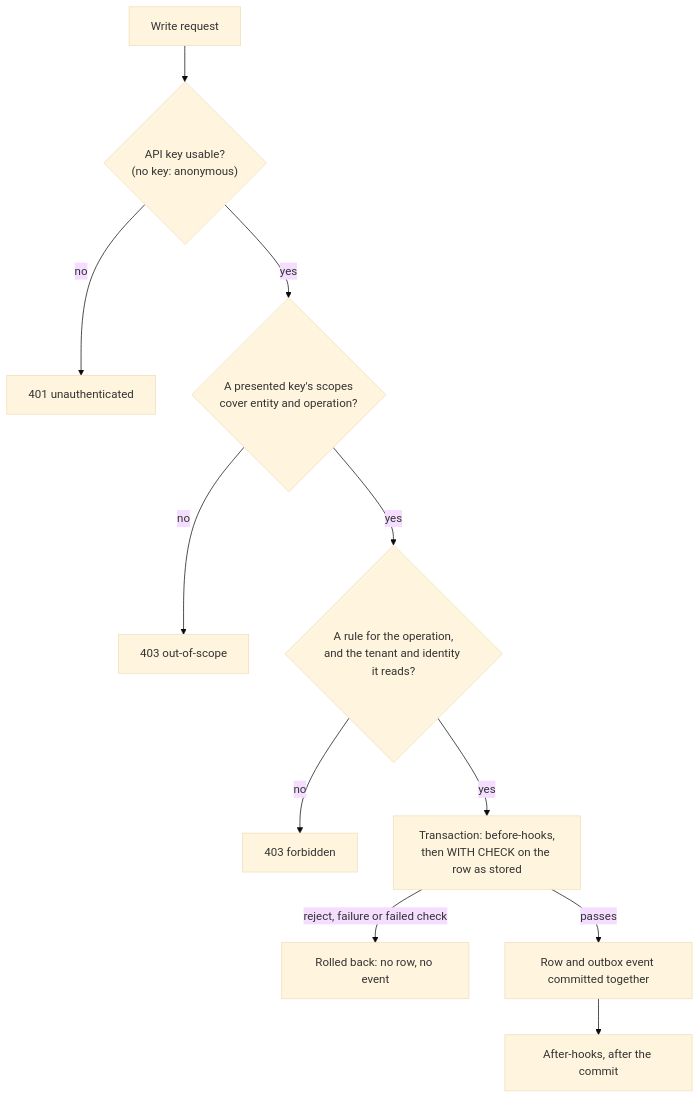
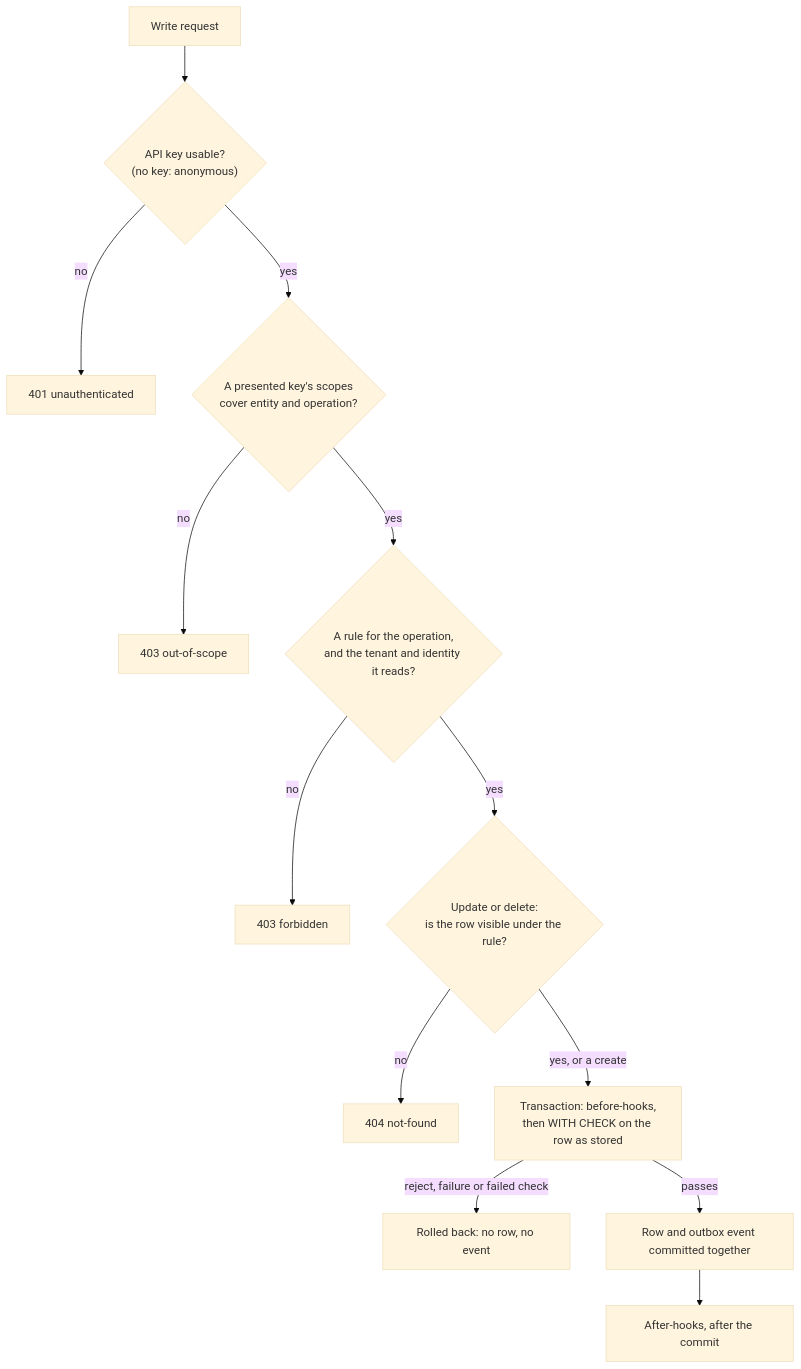
Before and after one commit to Burgyn/MMLib.Alvo: the diagram in website/src/content/docs/concepts/security-model.md, drawn with Mermaid (base theme). The commit also changed other lines of this file and 11 other files, not shown here.

````diff
--- a/website/src/content/docs/concepts/security-model.md
+++ b/website/src/content/docs/concepts/security-model.md
@@ -81,15 +93,17 @@
 ```mermaid
 flowchart TD
   accTitle: The checks every write passes
-  accDescr: A write request is refused with 401 when its API key cannot be used, with 403 out-of-scope when a presented key's scopes do not cover it, and with 403 forbidden when no rule allows the operation or the tenant or identity it needs is missing. Otherwise a transaction runs the before-hooks and then the rule's WITH CHECK on the row as it will be stored; a reject, a failure or a failed check rolls everything back. A passing write commits the row and its outbox event together, and the after-hooks run after the commit.
+  accDescr: A write request is refused with 401 when its API key cannot be used, with 403 out-of-scope when a presented key's scopes do not cover it, and with 403 forbidden when no rule allows the operation or the tenant or identity it needs is missing. An update or delete of a row the rule hides answers 404 not-found. Otherwise a transaction runs the before-hooks and then the rule's WITH CHECK on the row as it will be stored; a reject, a failure or a failed check rolls everything back. A passing write commits the row and its outbox event together, and the after-hooks run after the commit.
   req["Write request"] --> key{"API key usable?<br/>(no key: anonymous)"}
   key -- no --> r401["401 unauthenticated"]
   key -- yes --> scope{"A presented key's scopes<br/>cover entity and operation?"}
   scope -- no --> r403s["403 out-of-scope"]
   scope -- yes --> policy{"A rule for the operation,<br/>and the tenant and identity it reads?"}
   policy -- no --> r403["403 forbidden"]
-  policy -- yes --> tx["Transaction: before-hooks,<br/>then WITH CHECK on the row as stored"]
+  policy -- yes --> visible{"Update or delete:<br/>is the row visible under the rule?"}
+  visible -- no --> r404["404 not-found"]
+  visible -- "yes, or a create" --> tx["Transaction: before-hooks,<br/>then WITH CHECK on the row as stored"]
   tx -- "reject, failure or failed check" --> rb["Rolled back: no row, no event"]
   tx -- passes --> commit["Row and outbox event committed together"]
   commit --> after["After-hooks, after the commit"]
 ```
````
